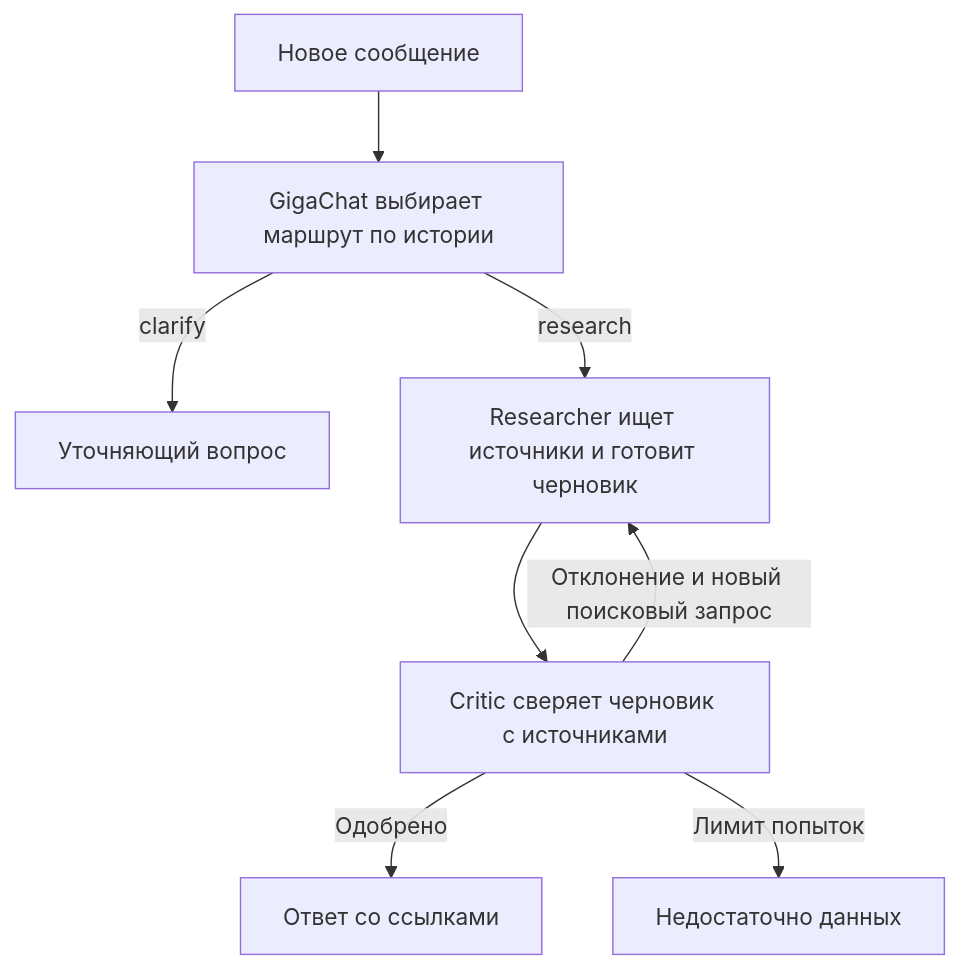
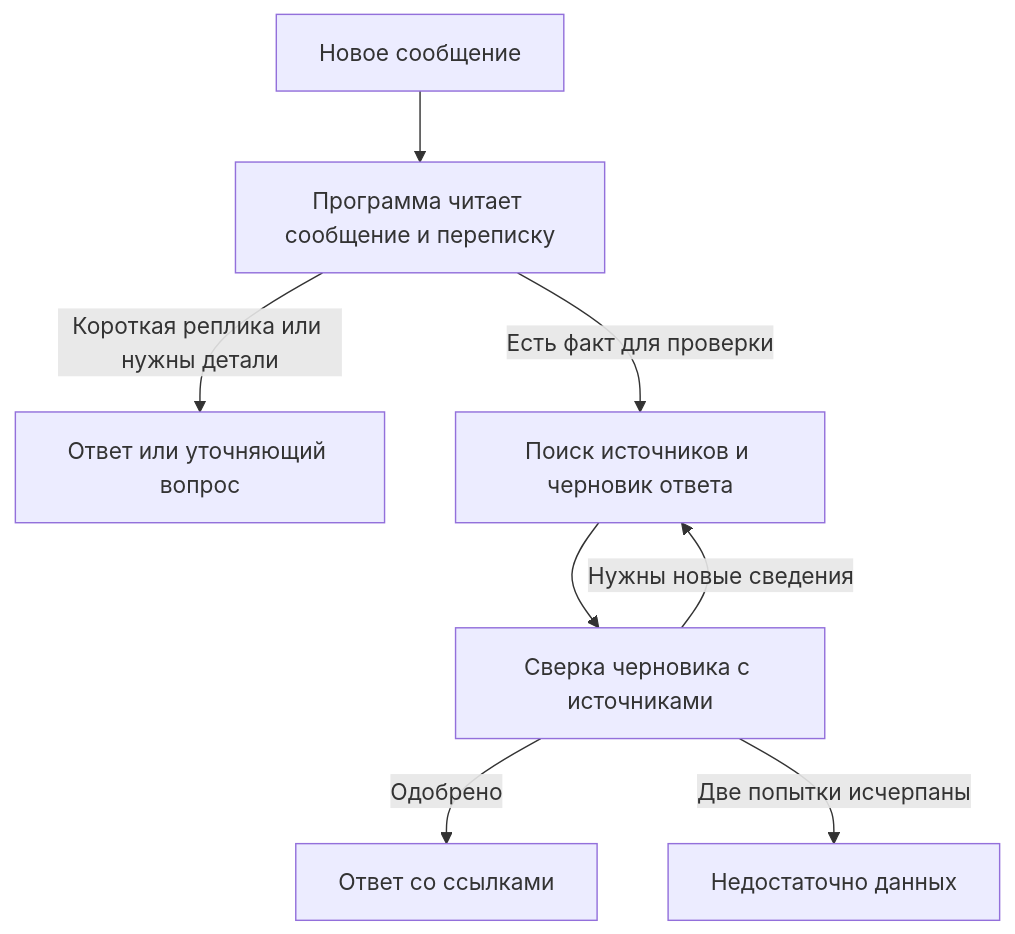
Before and after one commit to Viacheslav-hub-blip/factchecker: the diagram in README.md, drawn with Mermaid. The commit also changed other lines of this file and 5 other files, not shown here.

````diff
--- a/README.md
+++ b/README.md
@@ -52,10 +52,10 @@
 ```mermaid
 flowchart TD
-    A[Новое сообщение] --> B[GigaChat выбирает маршрут по истории]
-    B -->|clarify| C[Уточняющий вопрос]
-    B -->|research| E[Researcher ищет источники и готовит черновик]
-    E --> F[Critic сверяет черновик с источниками]
+    A[Новое сообщение] --> B[Программа читает сообщение и переписку]
+    B -->|Короткая реплика или нужны детали| C[Ответ или уточняющий вопрос]
+    B -->|Есть факт для проверки| E[Поиск источников и черновик ответа]
+    E --> F[Сверка черновика с источниками]
     F -->|Одобрено| P[Ответ со ссылками]
-    F -->|Отклонение и новый поисковый запрос| E
-    F -->|Лимит попыток| N[Недостаточно данных]
+    F -->|Нужны новые сведения| E
+    F -->|Две попытки исчерпаны| N[Недостаточно данных]
 ```
````
